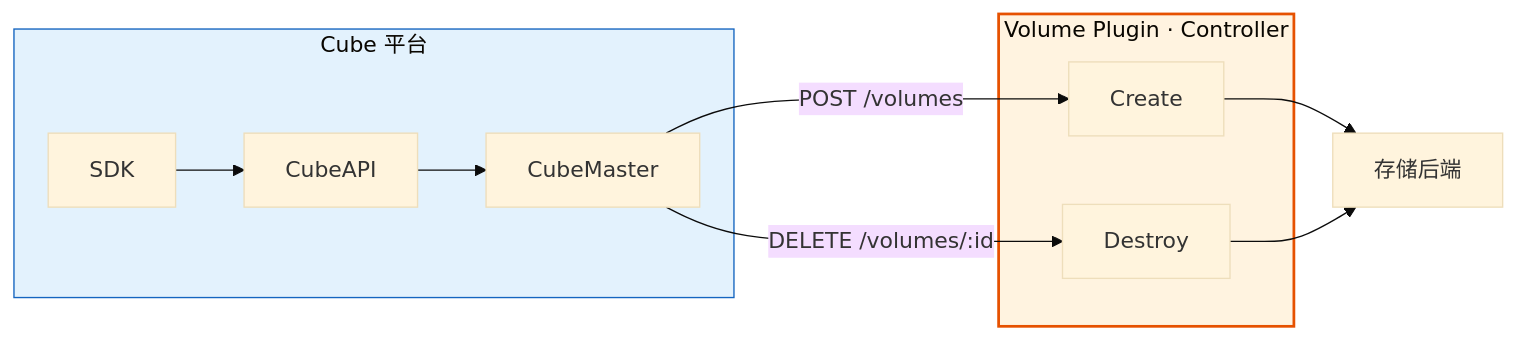
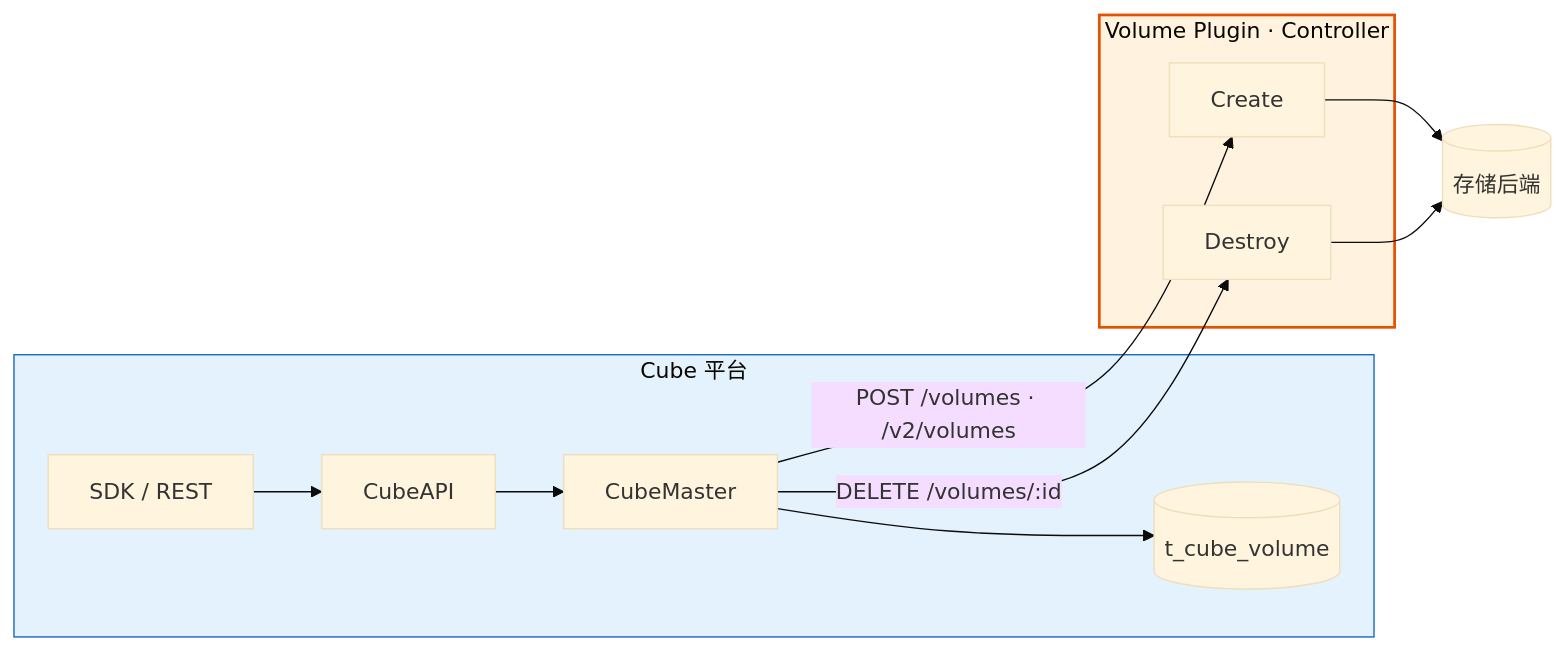
The first of 4 diagrams in docs/zh/guide/volume-plugin.md (TencentCloud/CubeSandbox), drawn with Mermaid (base theme) before and after one commit. The commit also changed other lines of this file and 14 other files, not shown here.

````diff
--- a/docs/zh/guide/volume-plugin.md
+++ b/docs/zh/guide/volume-plugin.md
@@ -106,24 +28,25 @@
 ```mermaid
 flowchart LR
     subgraph Cube["Cube 平台"]
-        SDK1["SDK"]
+        SDK1["SDK / REST"]
         API1["CubeAPI"]
         CM["CubeMaster"]
-        SDK1 --> API1 --> CM
+        DB[("t_cube_volume")]
+        SDK1 --> API1 --> CM --> DB
     end
 
     subgraph PluginC["Volume Plugin · Controller"]
         CH1["Create"]
         CH2["Destroy"]
     end
 
-    BE["存储后端"]
+    BE[("存储后端")]
 
-    CM -->|"POST /volumes"| CH1
+    CM -->|"POST /volumes · /v2/volumes"| CH1
     CM -->|"DELETE /volumes/:id"| CH2
     CH1 --> BE
     CH2 --> BE
 
     style PluginC fill:#fff3e0,stroke:#e65100,stroke-width:2px
     style Cube fill:#e3f2fd,stroke:#1565c0,stroke-width:1px
 ```
````
